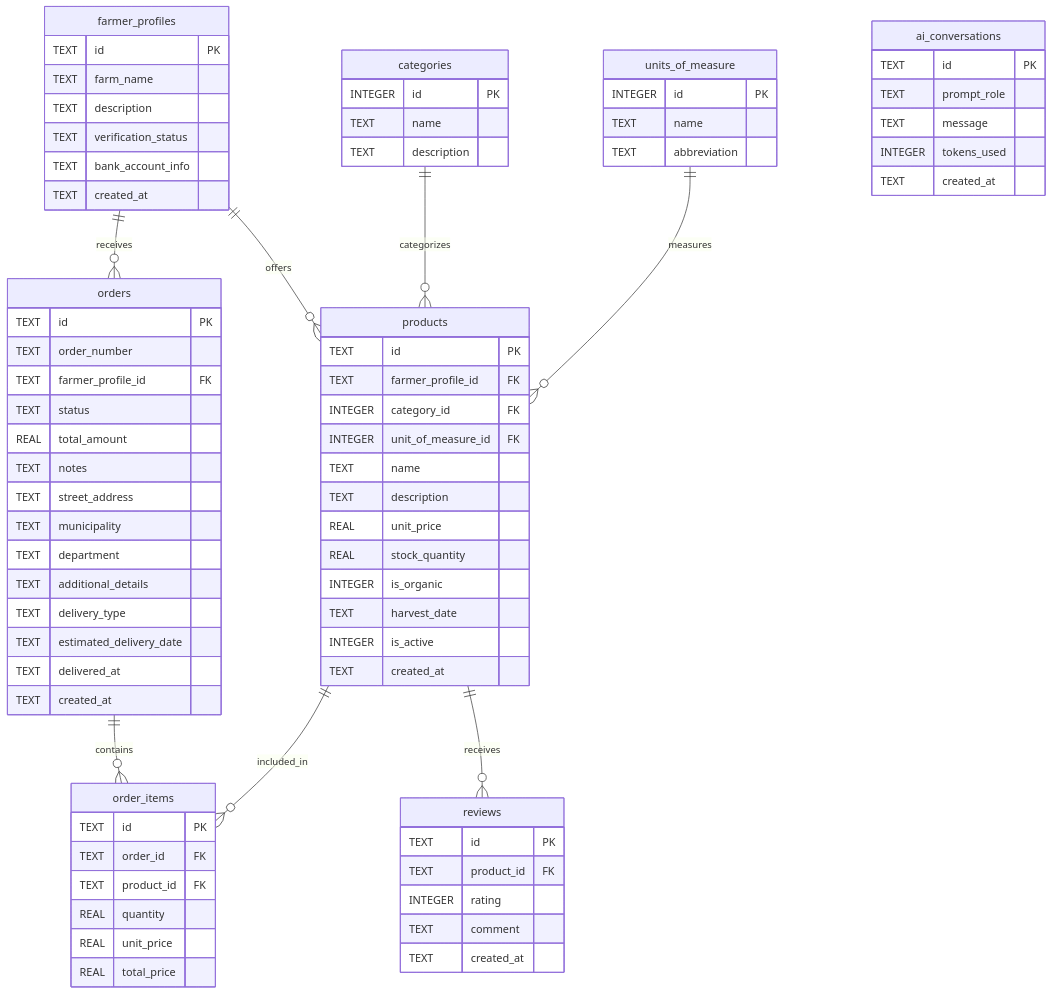
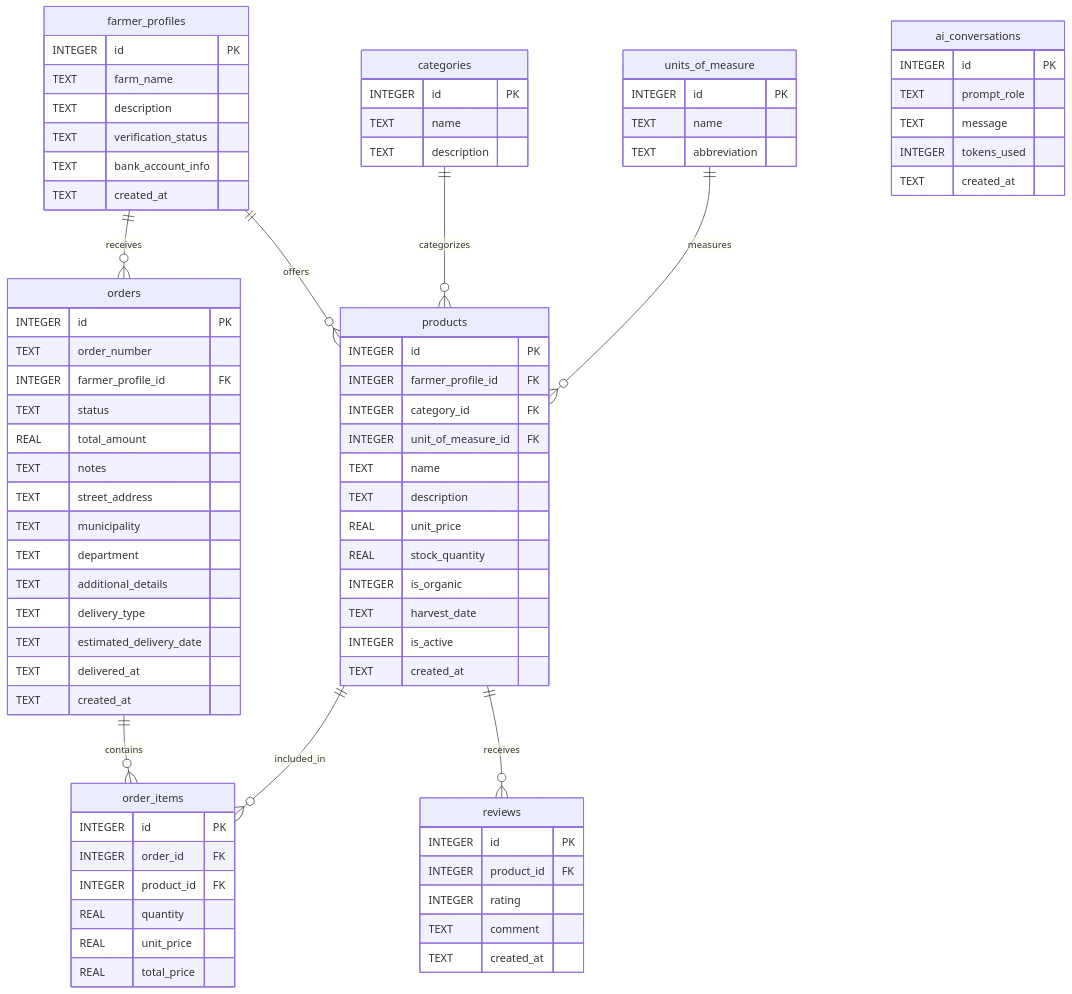
The first of 6 diagrams in retos/proyecto-final/MarketPlace/README.md (jbolivarz94/Diplomano.NET), drawn with Mermaid before and after one commit. The commit also changed other lines of this file and 17 other files, not shown here.

```diff
--- a/retos/proyecto-final/MarketPlace/README.md
+++ b/retos/proyecto-final/MarketPlace/README.md
@@ -30,7 +30,7 @@
     products ||--o{ reviews : "receives"
     
     farmer_profiles {
-        TEXT id PK
+        INTEGER id PK
         TEXT farm_name
         TEXT description
         TEXT verification_status
@@ -51,8 +51,8 @@
     }
     
     products {
-        TEXT id PK
-        TEXT farmer_profile_id FK
+        INTEGER id PK
+        INTEGER farmer_profile_id FK
         INTEGER category_id FK
         INTEGER unit_of_measure_id FK
         TEXT name
@@ -66,9 +66,9 @@
     }
     
     orders {
-        TEXT id PK
+        INTEGER id PK
         TEXT order_number
-        TEXT farmer_profile_id FK
+        INTEGER farmer_profile_id FK
         TEXT status
         REAL total_amount
         TEXT notes
@@ -83,24 +83,24 @@
     }
     
     order_items {
-        TEXT id PK
-        TEXT order_id FK
-        TEXT product_id FK
+        INTEGER id PK
+        INTEGER order_id FK
+        INTEGER product_id FK
         REAL quantity
         REAL unit_price
         REAL total_price
     }
     
     reviews {
-        TEXT id PK
-        TEXT product_id FK
+        INTEGER id PK
+        INTEGER product_id FK
         INTEGER rating
         TEXT comment
         TEXT created_at
     }
     
     ai_conversations {
-        TEXT id PK
+        INTEGER id PK
         TEXT prompt_role
         TEXT message
         INTEGER tokens_used
```
